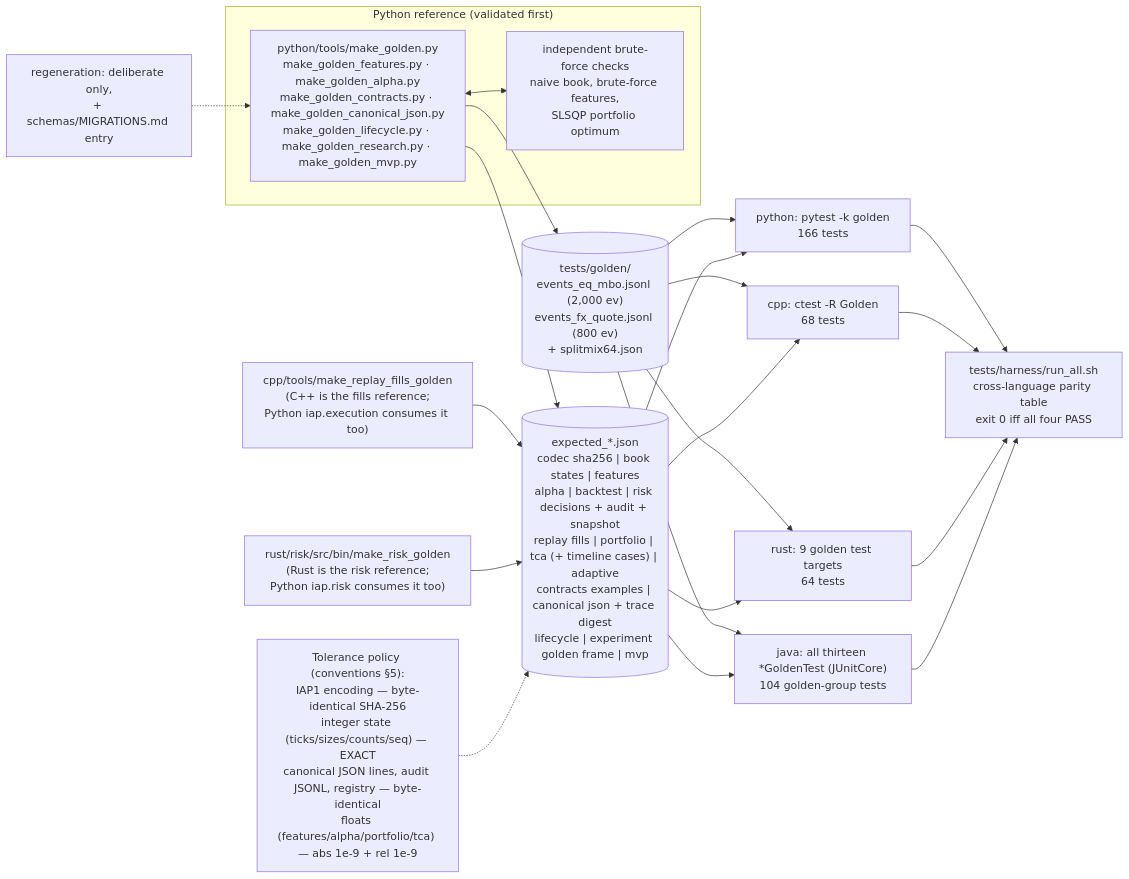
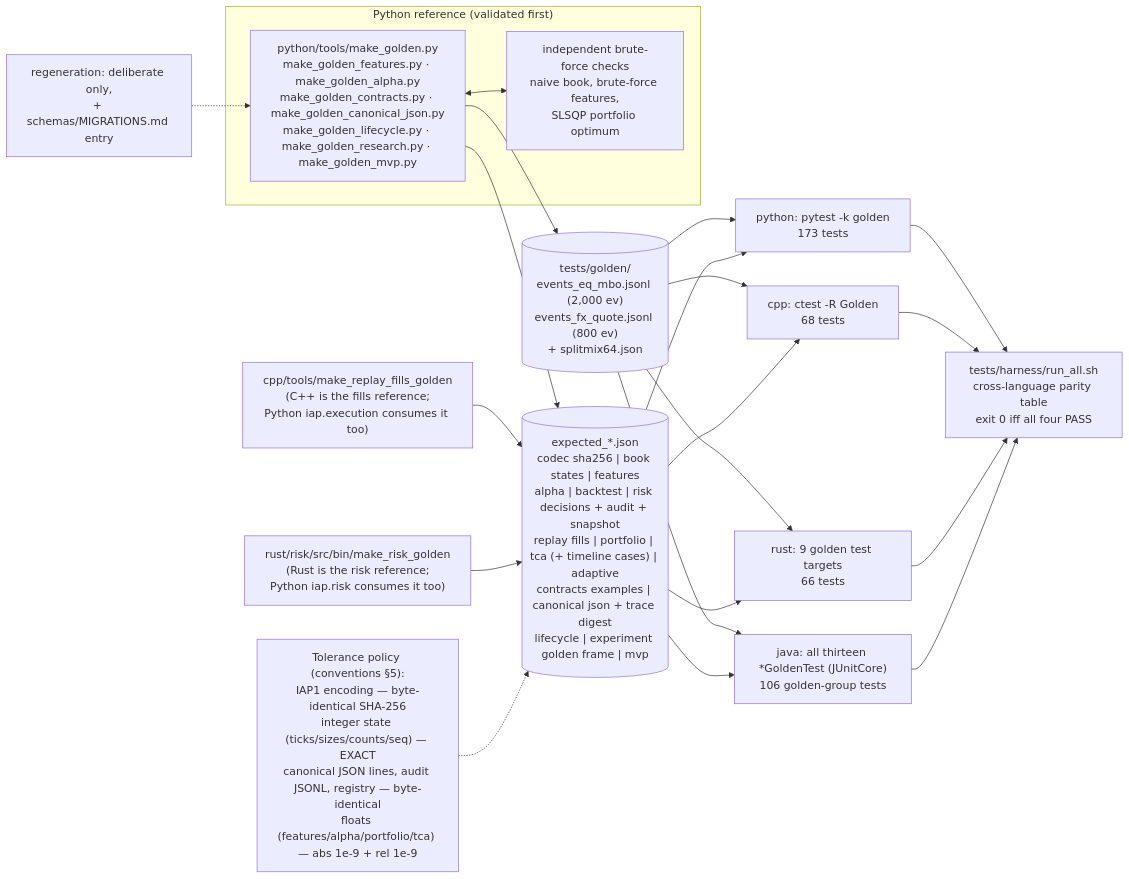
The diagram in docs/diagrams/golden_topology.mmd (AshJha0/intraday-alpha-platform), drawn with Mermaid before and after one commit. The commit also changed 28 other files, not shown here.

```diff
--- a/docs/diagrams/golden_topology.mmd
+++ b/docs/diagrams/golden_topology.mmd
@@ -1,24 +1,24 @@
 flowchart LR
     subgraph REF["Python reference (validated first)"]
         MG["python/tools/make_golden.py<br/>make_golden_features.py · make_golden_alpha.py<br/>make_golden_contracts.py · make_golden_canonical_json.py<br/>make_golden_lifecycle.py · make_golden_research.py · make_golden_mvp.py"]
         BF["independent brute-force checks<br/>naive book, brute-force features,<br/>SLSQP portfolio optimum"]
         MG <--> BF
     end
     MG --> GV[("tests/golden/<br/>events_eq_mbo.jsonl (2,000 ev)<br/>events_fx_quote.jsonl (800 ev)<br/>+ splitmix64.json")]
     MG --> EXP[("expected_*.json<br/>codec sha256 | book states | features<br/>alpha | backtest | risk decisions + audit + snapshot<br/>replay fills | portfolio | tca (+ timeline cases) | adaptive<br/>contracts examples | canonical json + trace digest<br/>lifecycle | experiment golden frame | mvp")]
     CPPTOOL["cpp/tools/make_replay_fills_golden<br/>(C++ is the fills reference;<br/>Python iap.execution consumes it too)"] --> EXP
     RSTOOL["rust/risk/src/bin/make_risk_golden<br/>(Rust is the risk reference;<br/>Python iap.risk consumes it too)"] --> EXP
-    GV --> PY["python: pytest -k golden<br/>166 tests"]
+    GV --> PY["python: pytest -k golden<br/>173 tests"]
     GV --> CPP["cpp: ctest -R Golden<br/>68 tests"]
-    GV --> RS["rust: 9 golden test targets<br/>64 tests"]
-    GV --> JV["java: all thirteen *GoldenTest (JUnitCore)<br/>104 golden-group tests"]
+    GV --> RS["rust: 9 golden test targets<br/>66 tests"]
+    GV --> JV["java: all thirteen *GoldenTest (JUnitCore)<br/>106 golden-group tests"]
     EXP --> PY
     EXP --> CPP
     EXP --> RS
     EXP --> JV
     PY --> TAB["tests/harness/run_all.sh<br/>cross-language parity table<br/>exit 0 iff all four PASS"]
     CPP --> TAB
     RS --> TAB
     JV --> TAB
     TOL["Tolerance policy (conventions §5):<br/>IAP1 encoding — byte-identical SHA-256<br/>integer state (ticks/sizes/counts/seq) — EXACT<br/>canonical JSON lines, audit JSONL, registry — byte-identical<br/>floats (features/alpha/portfolio/tca) — abs 1e-9 + rel 1e-9"] -.-> EXP
     MIG["regeneration: deliberate only,<br/>+ schemas/MIGRATIONS.md entry"] -.-> MG
```
